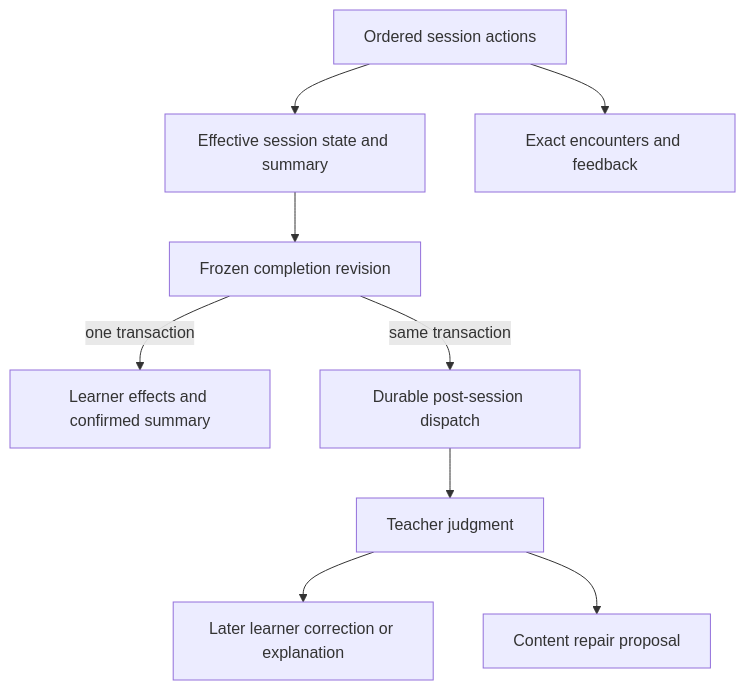
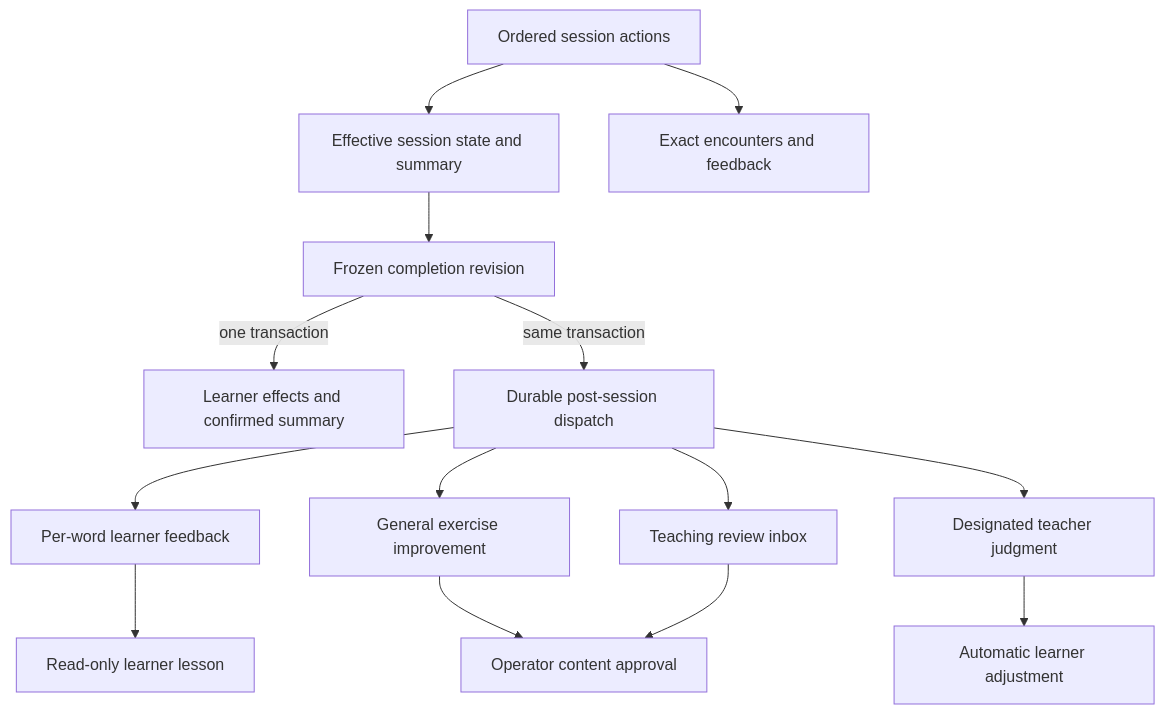
The third of 4 diagrams in notes/active/2026-10-16-vocabulary-storage-sketch.md (swimj/chinese-study-app), drawn with Mermaid before and after one commit. The commit also changed other lines of this file and 2 other files, not shown here.

````diff
--- a/notes/active/2026-10-16-vocabulary-storage-sketch.md
+++ b/notes/active/2026-10-16-vocabulary-storage-sketch.md
@@ -352,11 +360,16 @@
 ```mermaid
 flowchart TD
   A[Ordered session actions] --> P[Effective session state and summary]
   A --> E[Exact encounters and feedback]
   P --> C[Frozen completion revision]
   C -->|one transaction| S[Learner effects and confirmed summary]
   C -->|same transaction| D[Durable post-session dispatch]
-  D --> J[Teacher judgment]
-  J --> F[Later learner correction or explanation]
-  J --> R[Content repair proposal]
+  D --> F[Per-word learner feedback]
+  D --> R[General exercise improvement]
+  D --> T[Teaching review inbox]
+  F --> M[Read-only learner lesson]
+  R --> O[Operator content approval]
+  T --> O
+  D --> J[Designated teacher judgment]
+  J --> L[Automatic learner adjustment]
 ```
````
